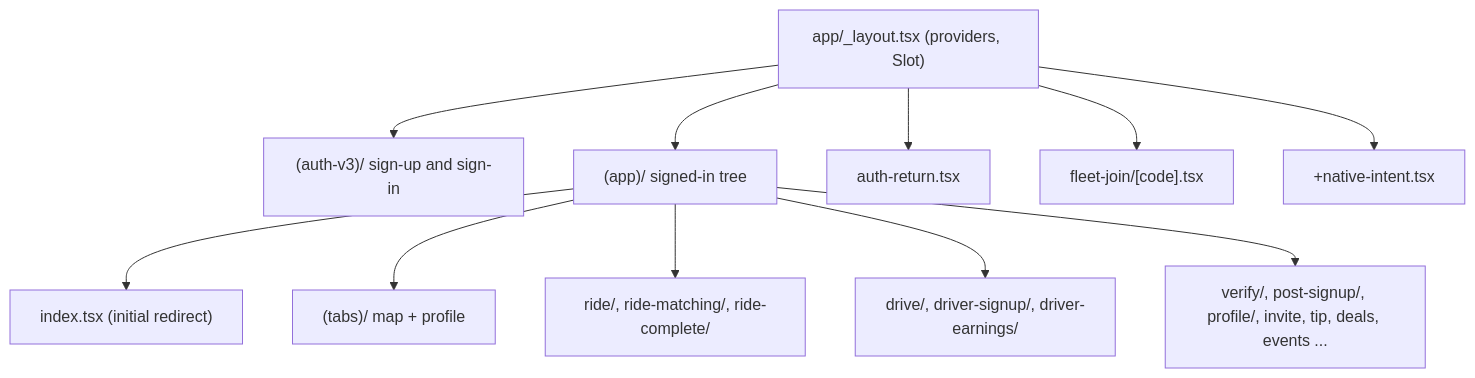
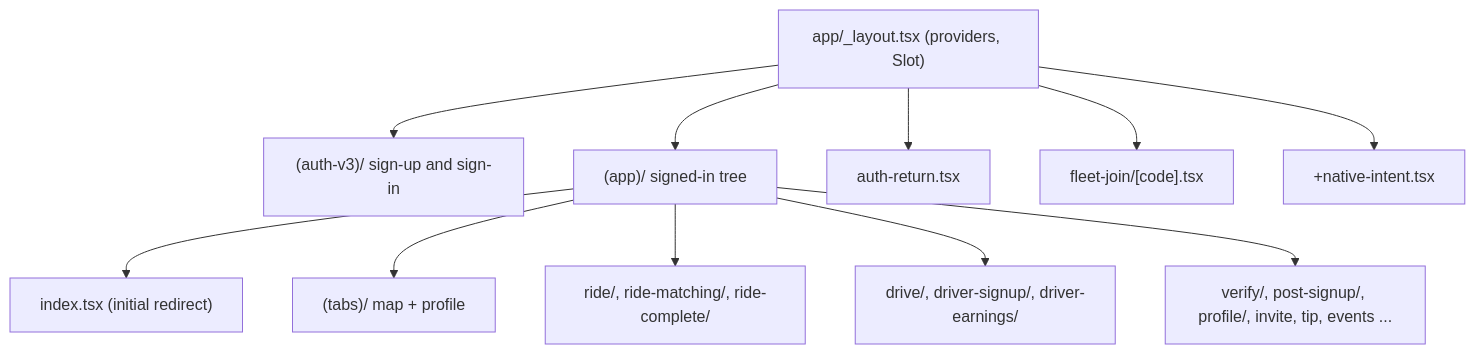
The diagram in engineering/mobile/navigation.mdx (rideyelo/docs), drawn with Mermaid before and after one commit. The commit also changed other lines of this file and 80 other files, not shown here.

````diff
--- a/engineering/mobile/navigation.mdx
+++ b/engineering/mobile/navigation.mdx
@@ -14,13 +14,13 @@
 ```mermaid
 flowchart TD
   ROOT["app/_layout.tsx (providers, Slot)"] --> AUTH["(auth-v3)/ sign-up and sign-in"]
   ROOT --> APP["(app)/ signed-in tree"]
   ROOT --> AR["auth-return.tsx"]
   ROOT --> FJ["fleet-join/[code].tsx"]
   ROOT --> NI["+native-intent.tsx"]
   APP --> IDX["index.tsx (initial redirect)"]
   APP --> TABS["(tabs)/ map + profile"]
   APP --> RIDE["ride/, ride-matching/, ride-complete/"]
   APP --> DRIVE["drive/, driver-signup/, driver-earnings/"]
-  APP --> OTHER["verify/, post-signup/, profile/, invite, tip, deals, events ..."]
+  APP --> OTHER["verify/, post-signup/, profile/, invite, tip, events ..."]
 ```
````
